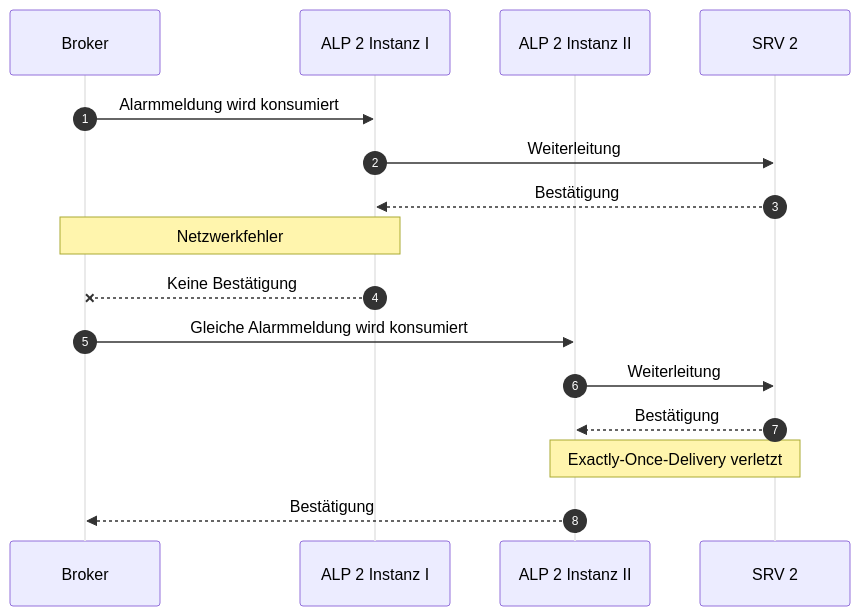
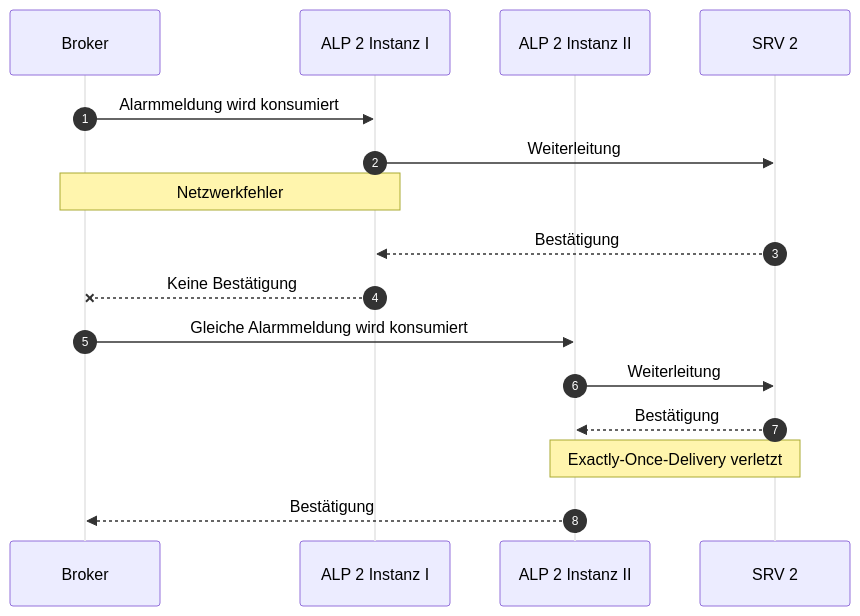
The diagram in mermaid/a_lps_exactly_once_delivery_dup.mmd (JadKHaddad/MT), drawn with Mermaid before and after one commit. The commit also changed other lines of this file and 18 other files, not shown here.

Commit message:
added fig:alps-exactly-once-delivery-violation-sequence

```diff
--- a/mermaid/a_lps_exactly_once_delivery_dup.mmd
+++ b/mermaid/a_lps_exactly_once_delivery_dup.mmd
@@ -1,19 +1,19 @@
 %%{init: { 'themeVariables': { 'actorLineColor': '#EAEAEA', 'signalTextColor': '#000000' } } }%%
 sequenceDiagram
     autonumber
     participant B as Broker
     participant L1 as ALP 2 Instanz I
     participant L2 as ALP 2 Instanz II
     participant S as SRV 2
 
     B->>L1: Alarmmeldung wird konsumiert
     L1->>S: Weiterleitung
+    Note over B,L1: Netzwerkfehler
     S-->>L1: Bestätigung
-    Note over B,L1: Netzwerkfehler
     L1--xB: Keine Bestätigung
 
     B->>L2: Gleiche Alarmmeldung wird konsumiert
     L2->>S: Weiterleitung
     S-->>L2: Bestätigung
     Note over L2,S: Exactly-Once-Delivery verletzt
     L2-->>B: Bestätigung
```
